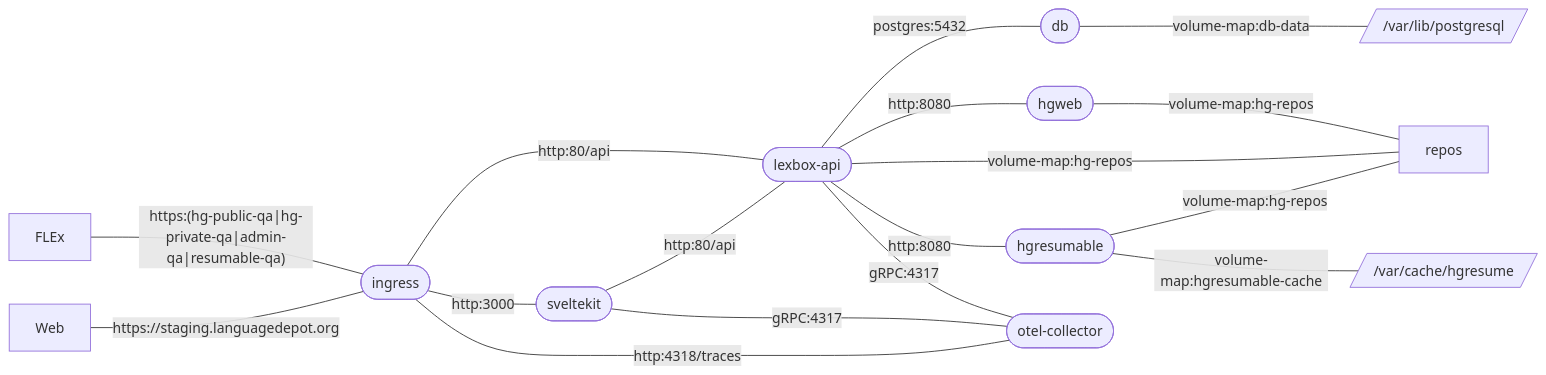
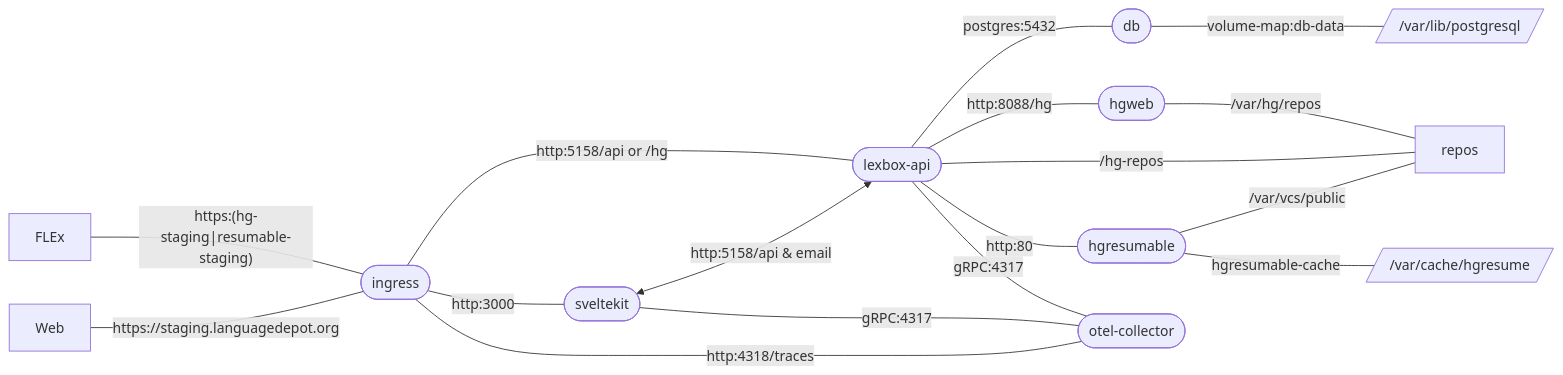
Before and after one commit to sillsdev/languageforge-lexbox: the second of 2 diagrams in README.md, drawn with Mermaid. The commit also changed other lines of this file, not shown here.

Commit message:
update README.md diagrams

````diff
--- a/README.md
+++ b/README.md
@@ -159,27 +166,27 @@
 ```mermaid
 
 flowchart LR
-    FLEx -- "https:(hg-public-qa|hg-private-qa|admin-qa|resumable-qa)" --- proxy
+    FLEx -- "https:(hg-staging|resumable-staging)" --- proxy
     Web -- https://staging.languagedepot.org --- proxy([ingress])
 
-    proxy -- http:80/api --- api([lexbox-api])
-    proxy -- http:3000 --- node([sveltekit])
+    proxy ---|http:5158/api or /hg| api([lexbox-api])
+    proxy ---|http:3000| node([sveltekit])
 
     api -- postgres:5432 --- db([db])
     db -- volume-map:db-data --- data[//var/lib/postgresql/]
   
-    api -- http:8080 --- hgweb([hgweb])
-    hgweb -- volume-map:hg-repos --- repos
-    api -- volume-map:hg-repos --- repos
+    api -- http:8088/hg --- hgweb([hgweb])
+    hgweb -- /var/hg/repos --- repos
+    api -- /hg-repos --- repos
 
-    api -- http:8080 --- hgresumable([hgresumable])
-    hgresumable -- volume-map:hg-repos --- repos
-    hgresumable -- volume-map:hgresumable-cache --- cache[//var/cache/hgresume/]
+    api -- http:80 --- hgresumable([hgresumable])
+    hgresumable -- /var/vcs/public --- repos
+    hgresumable -- hgresumable-cache --- cache[//var/cache/hgresume/]
 
-    node -- http:80/api --- api
+    node <-->|http:5158/api & email| api
 
     api -- gRPC:4317 --- otel-collector([otel-collector])
-    proxy -- http:4318/traces --- otel-collector
+    proxy ---|http:4318/traces| otel-collector
     node -- gRPC:4317 --- otel-collector
 
 ```
````
